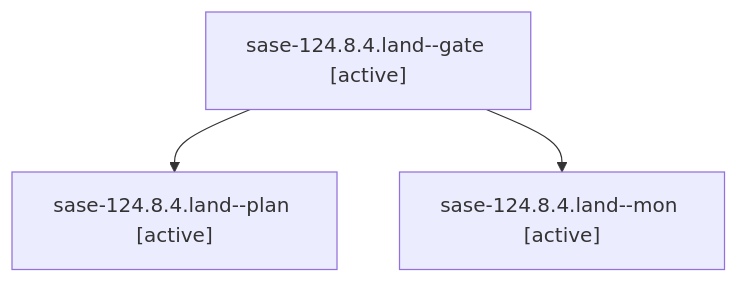
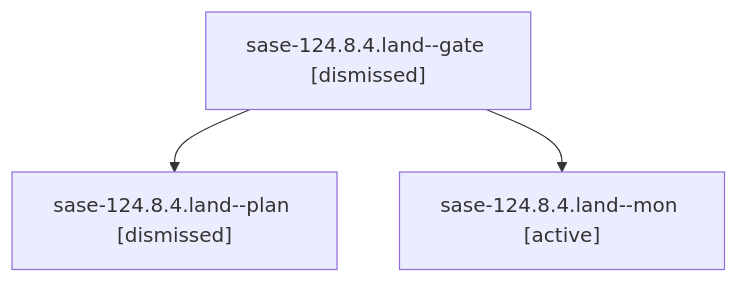
Before and after one commit to sase-org/sase--agents: the diagram in sessions/bbugyi200.athena.sase-124.8.4.land.md, drawn with Mermaid. The commit also changed other lines of this file and 306 other files, not shown here.

````diff
--- a/sessions/bbugyi200.athena.sase-124.8.4.land.md
+++ b/sessions/bbugyi200.athena.sase-124.8.4.land.md
@@ -9,8 +9,8 @@
 ```mermaid
 flowchart TD
-  n0["sase-124.8.4.land--gate [active]"]
-  n1["sase-124.8.4.land--plan [active]"]
+  n0["sase-124.8.4.land--gate [dismissed]"]
+  n1["sase-124.8.4.land--plan [dismissed]"]
   n0 --> n1
   n2["sase-124.8.4.land--mon [active]"]
   n0 --> n2
 ```
````
